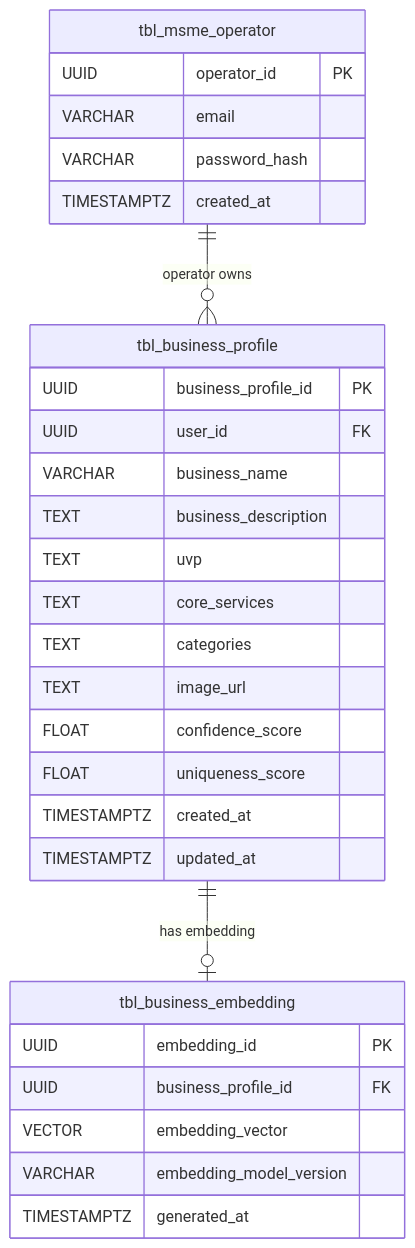
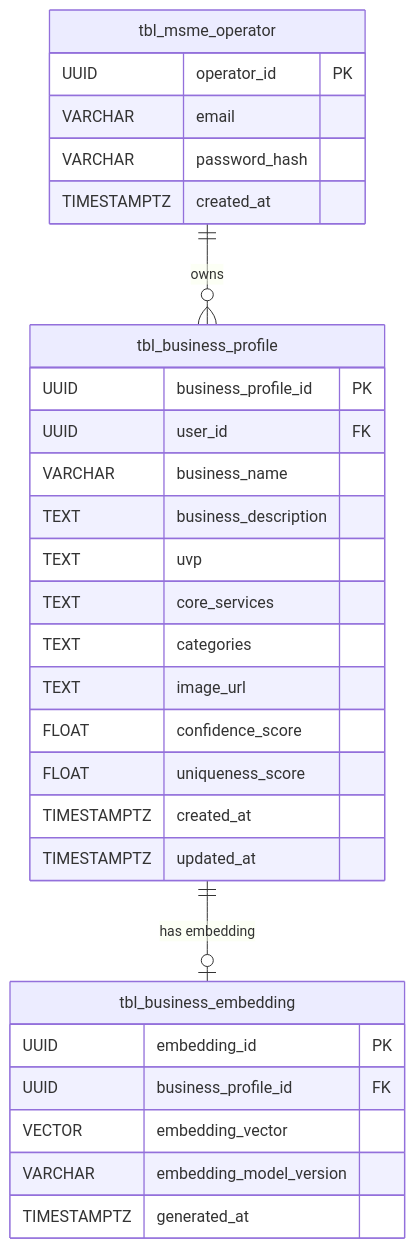
One commit to SherieHub/CeView changed the third of 6 diagrams in docs/module-1/MODULE1_DIAGRAMS.md. Above: the diagram before and after it, drawn with Mermaid. The commit also changed other lines of this file, not shown here.

Commit message:
diagrams

````diff
--- a/docs/module-1/MODULE1_DIAGRAMS.md
+++ b/docs/module-1/MODULE1_DIAGRAMS.md
@@ -315,35 +235,35 @@
 ```mermaid
 erDiagram
     tbl_msme_operator {
         UUID operator_id PK
         VARCHAR email
         VARCHAR password_hash
         TIMESTAMPTZ created_at
     }
 
     tbl_business_profile {
         UUID business_profile_id PK
         UUID user_id FK
         VARCHAR business_name
         TEXT business_description
         TEXT uvp
         TEXT core_services
         TEXT categories
         TEXT image_url
         FLOAT confidence_score
         FLOAT uniqueness_score
         TIMESTAMPTZ created_at
         TIMESTAMPTZ updated_at
     }
 
     tbl_business_embedding {
         UUID embedding_id PK
         UUID business_profile_id FK
         VECTOR embedding_vector
         VARCHAR embedding_model_version
         TIMESTAMPTZ generated_at
     }
 
-    tbl_msme_operator ||--o{ tbl_business_profile : "operator owns"
+    tbl_msme_operator ||--o{ tbl_business_profile : "owns"
     tbl_business_profile ||--o| tbl_business_embedding : "has embedding"
 ```
````
